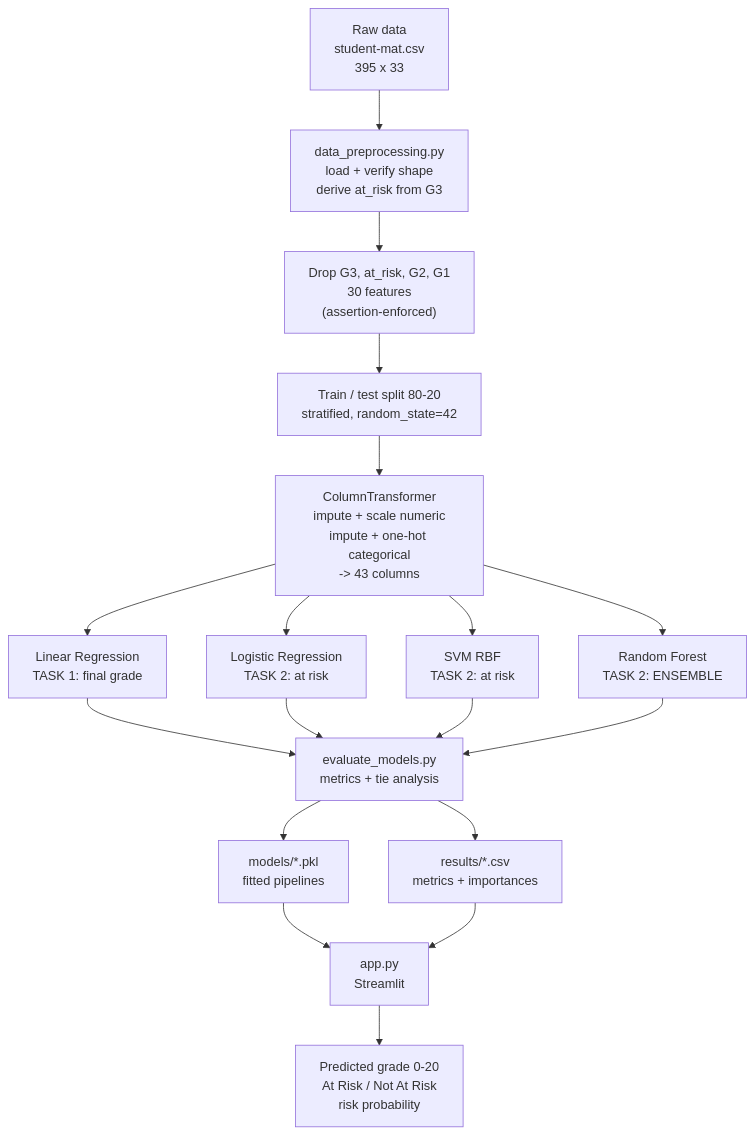
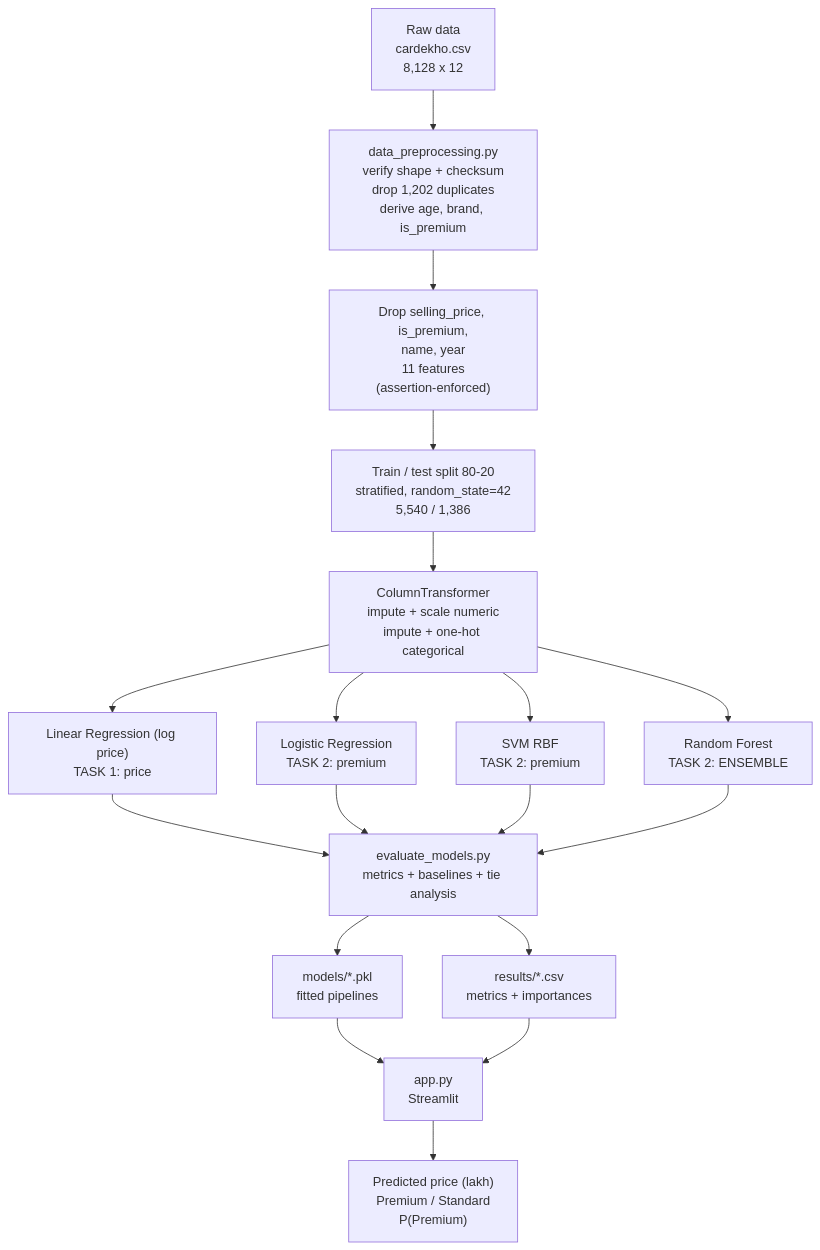
Before and after one commit to Athu1/ML_MiniProj: the diagram in README.md, drawn with Mermaid. The commit also changed other lines of this file and 60 other files, not shown here.

First line of the commit message:
Convert project to Used Car Price & Premium Prediction (CarDekho data)

````diff
--- a/README.md
+++ b/README.md
@@ -712,24 +396,24 @@
 ```mermaid
 flowchart TD
-    A["Raw data<br/>student-mat.csv<br/>395 x 33"] --> B["data_preprocessing.py<br/>load + verify shape<br/>derive at_risk from G3"]
-    B --> C["Drop G3, at_risk, G2, G1<br/>30 features<br/>(assertion-enforced)"]
-    C --> D["Train / test split 80-20<br/>stratified, random_state=42"]
-    D --> E["ColumnTransformer<br/>impute + scale numeric<br/>impute + one-hot categorical<br/>-> 43 columns"]
+    A["Raw data<br/>cardekho.csv<br/>8,128 x 12"] --> B["data_preprocessing.py<br/>verify shape + checksum<br/>drop 1,202 duplicates<br/>derive age, brand, is_premium"]
+    B --> C["Drop selling_price, is_premium,<br/>name, year<br/>11 features<br/>(assertion-enforced)"]
+    C --> D["Train / test split 80-20<br/>stratified, random_state=42<br/>5,540 / 1,386"]
+    D --> E["ColumnTransformer<br/>impute + scale numeric<br/>impute + one-hot categorical"]
 
-    E --> F["Linear Regression<br/>TASK 1: final grade"]
-    E --> G["Logistic Regression<br/>TASK 2: at risk"]
-    E --> H["SVM RBF<br/>TASK 2: at risk"]
+    E --> F["Linear Regression (log price)<br/>TASK 1: price"]
+    E --> G["Logistic Regression<br/>TASK 2: premium"]
+    E --> H["SVM RBF<br/>TASK 2: premium"]
     E --> I["Random Forest<br/>TASK 2: ENSEMBLE"]
 
-    F --> J["evaluate_models.py<br/>metrics + tie analysis"]
+    F --> J["evaluate_models.py<br/>metrics + baselines + tie analysis"]
     G --> J
     H --> J
     I --> J
 
     J --> K["models/*.pkl<br/>fitted pipelines"]
     J --> L["results/*.csv<br/>metrics + importances"]
 
     K --> M["app.py<br/>Streamlit"]
     L --> M
-    M --> N["Predicted grade 0-20<br/>At Risk / Not At Risk<br/>risk probability"]
+    M --> N["Predicted price (lakh)<br/>Premium / Standard<br/>P(Premium)"]
 ```
````
